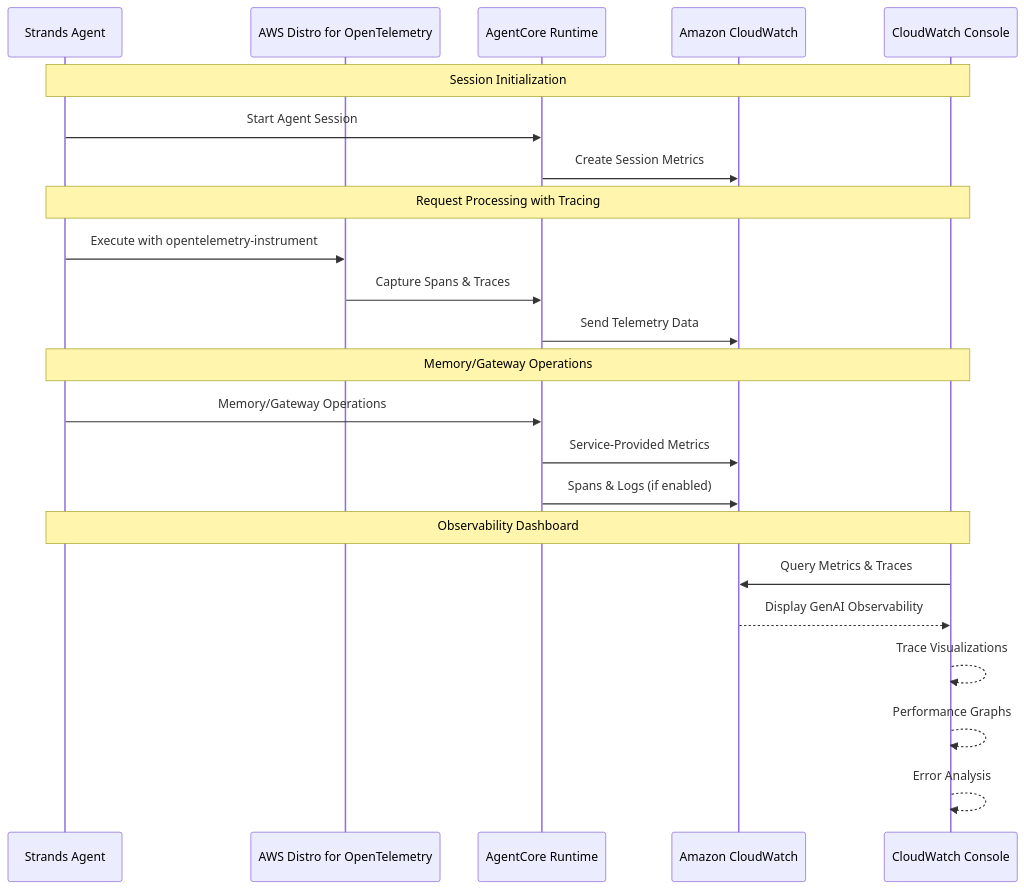
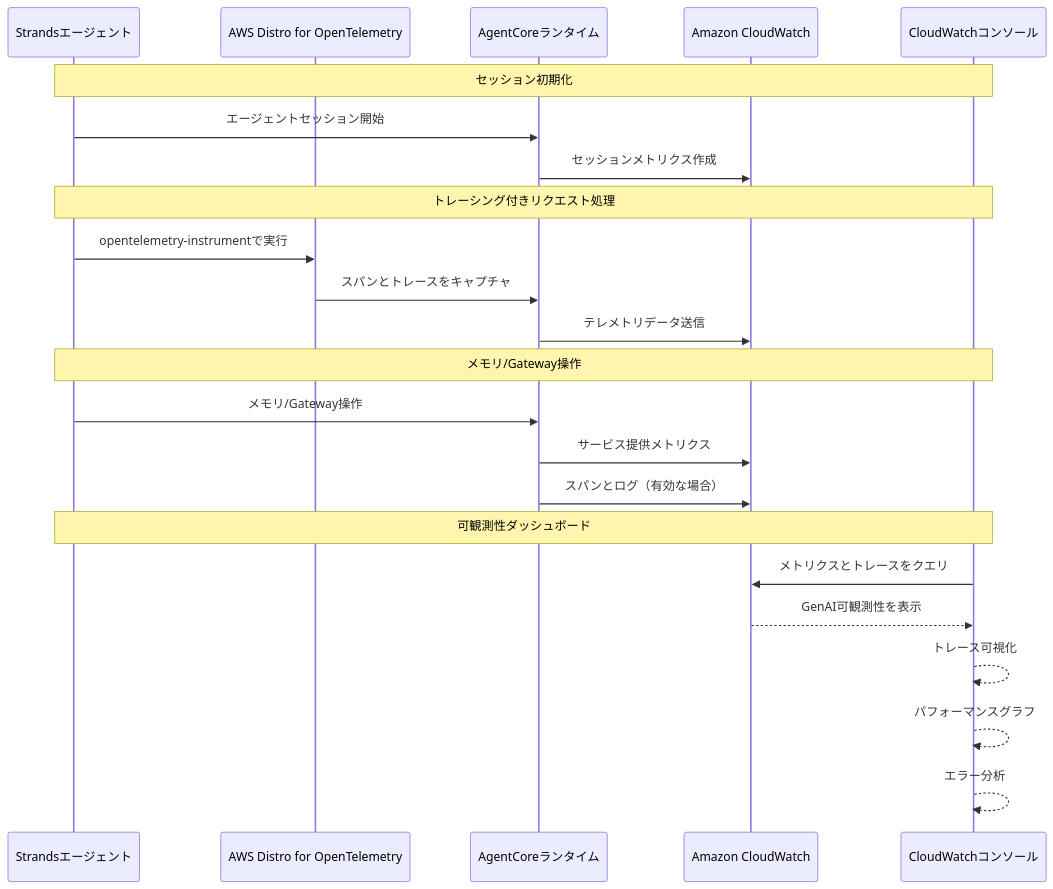
One commit to tetsuo-nobe/sample-amazon-bedrock-agentcore-onboarding-jp changed the diagram in 05_observability/README.md. Above: the diagram before and after it, drawn with Mermaid. The commit also changed other lines of this file and 1 other file, not shown here.

````diff
--- a/05_observability/README.md
+++ b/05_observability/README.md
@@ -9,29 +9,29 @@
 ```mermaid
 sequenceDiagram
-    participant Agent as Strands Agent
+    participant Agent as Strandsエージェント
     participant ADOT as AWS Distro for OpenTelemetry
-    participant AgentCore as AgentCore Runtime
+    participant AgentCore as AgentCoreランタイム
     participant CloudWatch as Amazon CloudWatch
-    participant Console as CloudWatch Console
+    participant Console as CloudWatchコンソール
 
-    Note over Agent,Console: Session Initialization
-    Agent->>AgentCore: Start Agent Session
-    AgentCore->>CloudWatch: Create Session Metrics
+    Note over Agent,Console: セッション初期化
+    Agent->>AgentCore: エージェントセッション開始
+    AgentCore->>CloudWatch: セッションメトリクス作成
     
-    Note over Agent,Console: Request Processing with Tracing
-    Agent->>ADOT: Execute with opentelemetry-instrument
-    ADOT->>AgentCore: Capture Spans & Traces
-    AgentCore->>CloudWatch: Send Telemetry Data
+    Note over Agent,Console: トレーシング付きリクエスト処理
+    Agent->>ADOT: opentelemetry-instrumentで実行
+    ADOT->>AgentCore: スパンとトレースをキャプチャ
+    AgentCore->>CloudWatch: テレメトリデータ送信
     
-    Note over Agent,Console: Memory/Gateway Operations
-    Agent->>AgentCore: Memory/Gateway Operations
-    AgentCore->>CloudWatch: Service-Provided Metrics
-    AgentCore->>CloudWatch: Spans & Logs (if enabled)
+    Note over Agent,Console: メモリ/Gateway操作
+    Agent->>AgentCore: メモリ/Gateway操作
+    AgentCore->>CloudWatch: サービス提供メトリクス
+    AgentCore->>CloudWatch: スパンとログ（有効な場合）
     
-    Note over Agent,Console: Observability Dashboard
-    Console->>CloudWatch: Query Metrics & Traces
-    CloudWatch-->>Console: Display GenAI Observability
-    Console-->>Console: Trace Visualizations
-    Console-->>Console: Performance Graphs
-    Console-->>Console: Error Analysis
+    Note over Agent,Console: 可観測性ダッシュボード
+    Console->>CloudWatch: メトリクスとトレースをクエリ
+    CloudWatch-->>Console: GenAI可観測性を表示
+    Console-->>Console: トレース可視化
+    Console-->>Console: パフォーマンスグラフ
+    Console-->>Console: エラー分析
 ```
````
